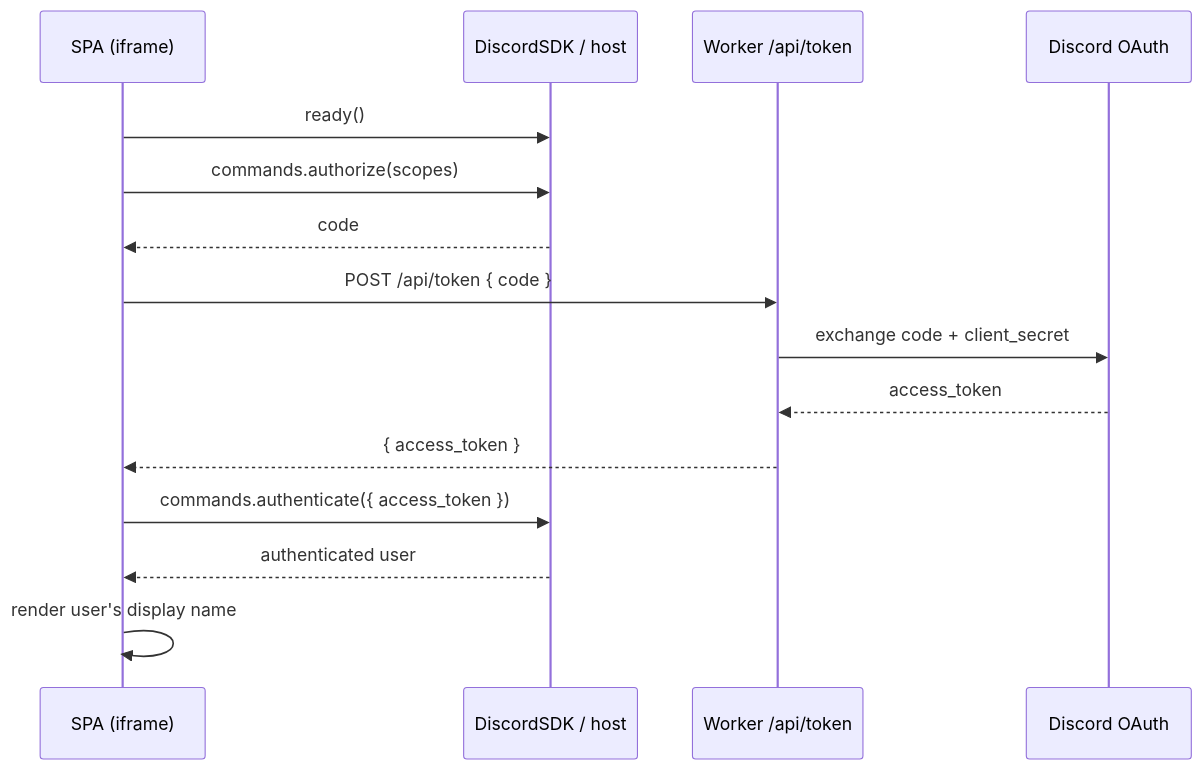
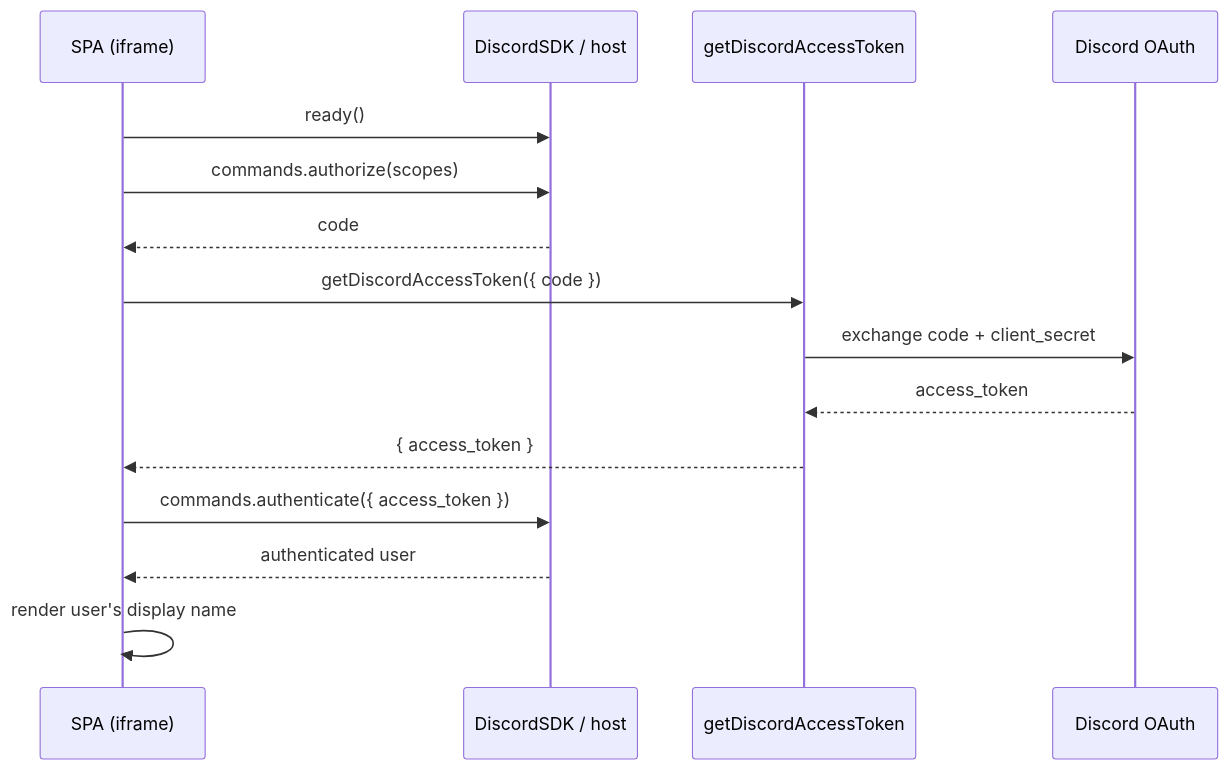
One commit to penrodlol/poker changed the diagram in docs/phase-1-boot-activity-auth-plan.md. Above: the diagram before and after it, drawn with Mermaid. The commit also changed other lines of this file and 6 other files, not shown here.

````diff
--- a/docs/phase-1-boot-activity-auth-plan.md
+++ b/docs/phase-1-boot-activity-auth-plan.md
@@ -72,18 +75,18 @@
 ```mermaid
 sequenceDiagram
     participant IF as SPA (iframe)
     participant SDK as DiscordSDK / host
-    participant API as Worker /api/token
+    participant API as getDiscordAccessToken
     participant OA as Discord OAuth
 
     IF->>SDK: ready()
     IF->>SDK: commands.authorize(scopes)
     SDK-->>IF: code
-    IF->>API: POST /api/token { code }
+    IF->>API: getDiscordAccessToken({ code })
     API->>OA: exchange code + client_secret
     OA-->>API: access_token
     API-->>IF: { access_token }
     IF->>SDK: commands.authenticate({ access_token })
     SDK-->>IF: authenticated user
     IF->>IF: render user's display name
 ```
````
